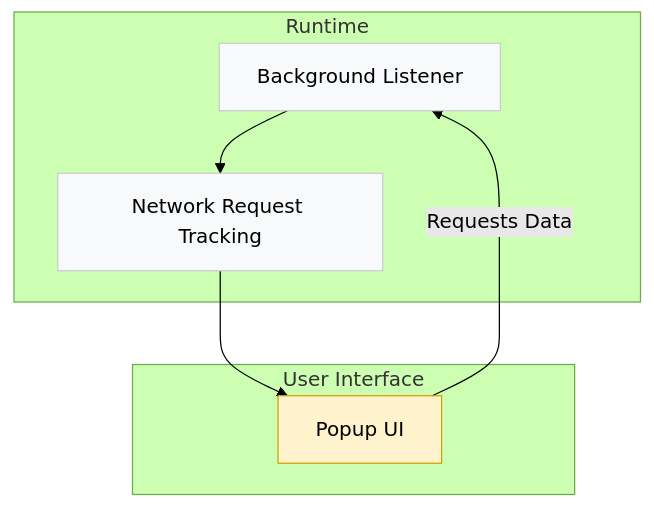
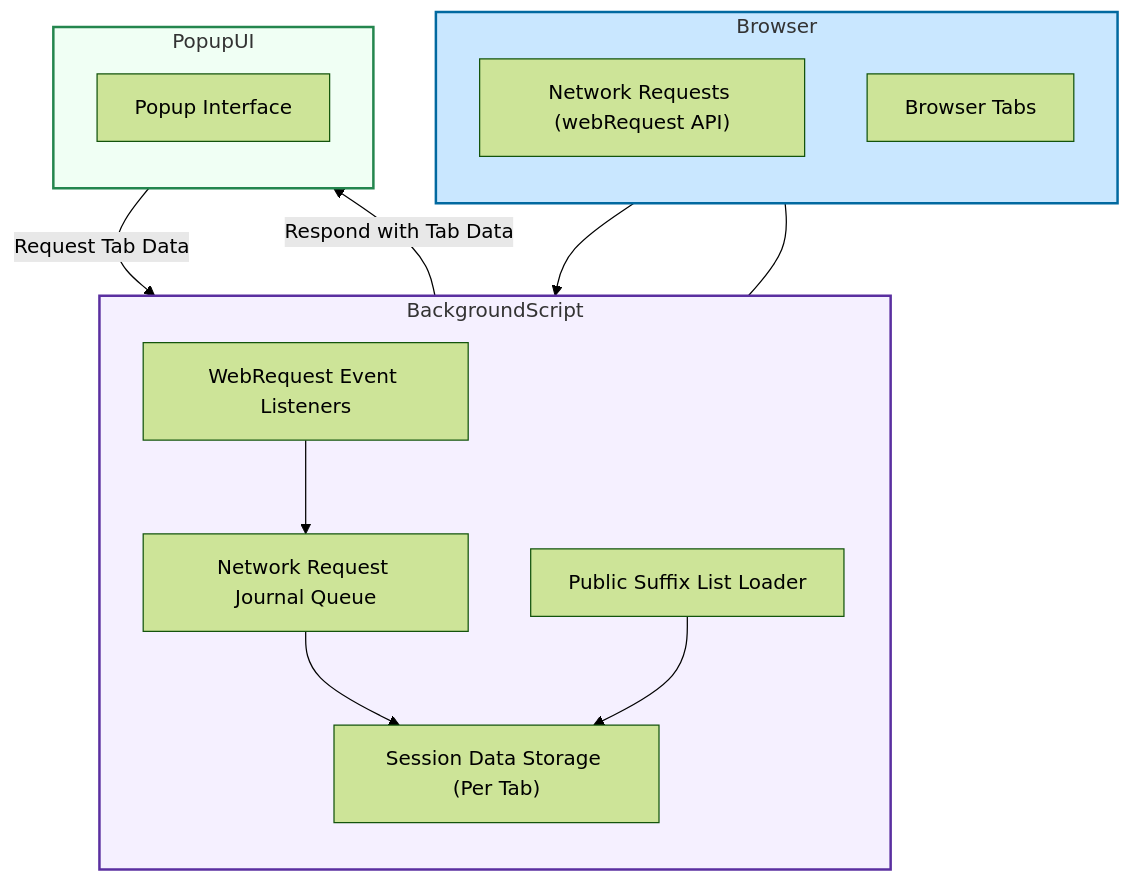
One commit to clidey/docucod-public-project-adf15a81-508f-4f0d-9083-12549e1f66a0 changed the diagram in overview/architecture-and-core-concepts/system-architecture.mdx. Above: the diagram before and after it, drawn with Mermaid (forest theme). The commit also changed other lines of this file and 16 other files, not shown here.

````diff
--- a/overview/architecture-and-core-concepts/system-architecture.mdx
+++ b/overview/architecture-and-core-concepts/system-architecture.mdx
@@ -24,21 +71,37 @@
 ```mermaid
 flowchart TD
-    BL["Background Listener"] --> NRT["Network Request Tracking"]
-    NRT --> PU["Popup UI"]
-    PU -->|Requests Data| BL
+  subgraph Browser
+    direction TB
+    NetworkRequests["Network Requests (webRequest API)"]
+    Tabs["Browser Tabs"]
+  end
 
-    subgraph "Runtime"
-        BL
-        NRT
-    end
+  subgraph BackgroundScript
+    direction TB
+    Listeners["WebRequest Event Listeners"]
+    NetworkRequestQueue["Network Request Journal Queue"]
+    SessionData["Session Data Storage (Per Tab)"]
+    PSL["Public Suffix List Loader"]
+  end
 
-    subgraph "User Interface"
-        PU
-    end
+  subgraph PopupUI
+    direction TB
+    Popup["Popup Interface"]
+  end
 
-    %% Styling
-    classDef runtime fill:#f8f9fa,stroke:#ccc,stroke-width:1px;
-    class BL,NRT runtime;
-    classDef ui fill:#fff3cd,stroke:#d39e00,stroke-width:1px;
-    class PU ui;
+  NetworkRequests --> Listeners
+  Listeners --> NetworkRequestQueue
+  NetworkRequestQueue --> SessionData
+  PSL --> SessionData
+  Popup -->|Request Tab Data| BackgroundScript
+  BackgroundScript -->|Respond with Tab Data| Popup
+  Tabs --- SessionData
+
+  classDef browserStyle fill:#c9e7ff,stroke:#0169a0,stroke-width:2px;
+  classDef backgroundStyle fill:#f5f0ff,stroke:#5a2fa0,stroke-width:2px;
+  classDef popupStyle fill:#f0fff4,stroke:#24864e,stroke-width:2px;
+
+  class Browser browserStyle;
+  class BackgroundScript backgroundStyle;
+  class PopupUI popupStyle;
 ```
````
